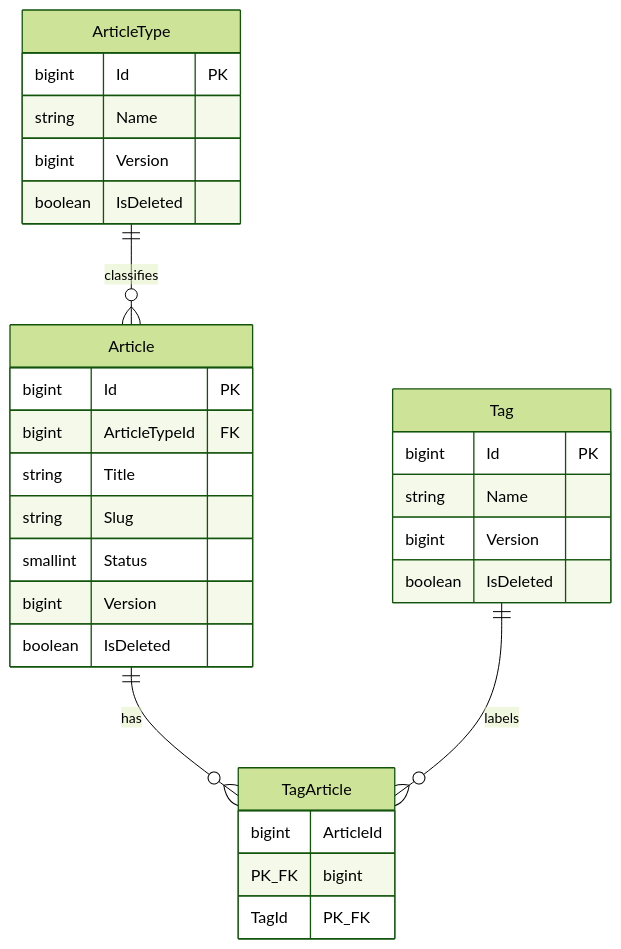
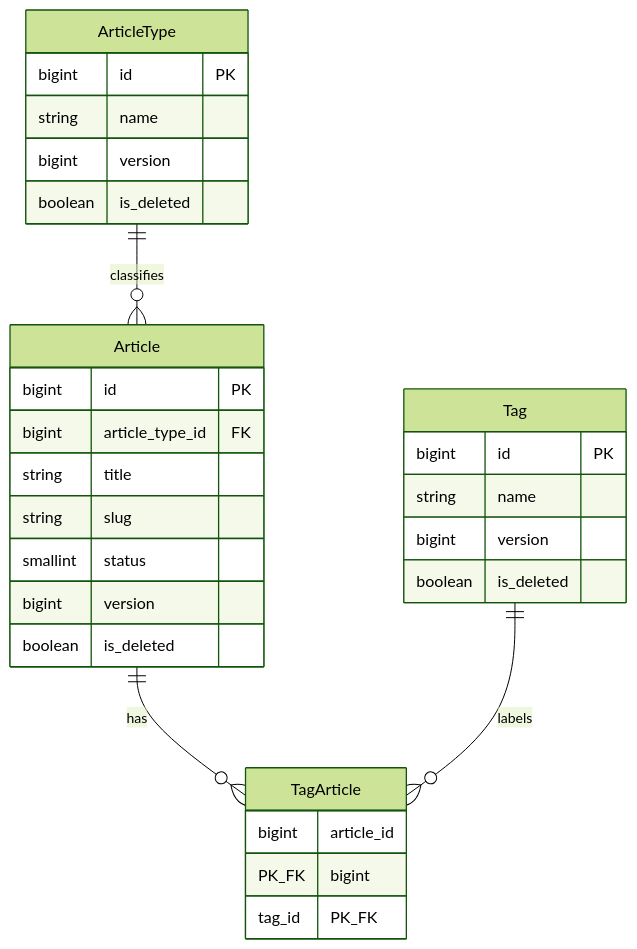
The eighth of 9 diagrams in backend/docs/architecture/go-backend-architecture.md (PengYuee/SCYG.Blog), drawn with Mermaid (forest theme) before and after one commit. The commit also changed other lines of this file and 914 other files, not shown here.

````diff
--- a/backend/docs/architecture/go-backend-architecture.md
+++ b/backend/docs/architecture/go-backend-architecture.md
@@ -299,31 +302,31 @@
 ```mermaid
 erDiagram
     ArticleType ||--o{ Article : classifies
     Article ||--o{ TagArticle : has
     Tag ||--o{ TagArticle : labels
     ArticleType {
-        bigint Id PK
-        string Name
-        bigint Version
-        boolean IsDeleted
+        bigint id PK
+        string name
+        bigint version
+        boolean is_deleted
     }
     Article {
-        bigint Id PK
-        bigint ArticleTypeId FK
-        string Title
-        string Slug
-        smallint Status
-        bigint Version
-        boolean IsDeleted
+        bigint id PK
+        bigint article_type_id FK
+        string title
+        string slug
+        smallint status
+        bigint version
+        boolean is_deleted
     }
     Tag {
-        bigint Id PK
-        string Name
-        bigint Version
-        boolean IsDeleted
+        bigint id PK
+        string name
+        bigint version
+        boolean is_deleted
     }
     TagArticle {
-        bigint ArticleId PK_FK
-        bigint TagId PK_FK
+        bigint article_id PK_FK
+        bigint tag_id PK_FK
     }
 ```
````
